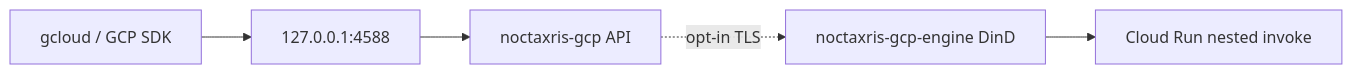
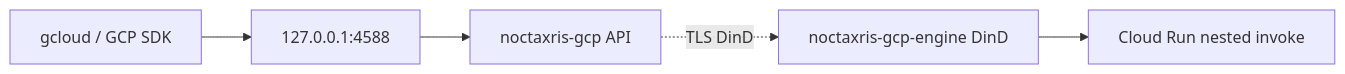
The diagram in README.md (Kyaxris-Labs/Noctaxris-GCP), drawn with Mermaid before and after one commit. The commit also changed other lines of this file and 70 other files, not shown here.

First line of the commit message:
Release Noctaxris-GCP 1.0.1

````diff
--- a/README.md
+++ b/README.md
@@ -342,7 +342,7 @@
 ```mermaid
 flowchart LR
   Client["gcloud / GCP SDK"] --> Port["127.0.0.1:4588"]
   Port --> API["noctaxris-gcp API"]
-  API -.->|"opt-in TLS"| Engine["noctaxris-gcp-engine DinD"]
+  API -.->|"TLS DinD"| Engine["noctaxris-gcp-engine DinD"]
   Engine --> Nested["Cloud Run nested invoke"]
 ```
````
